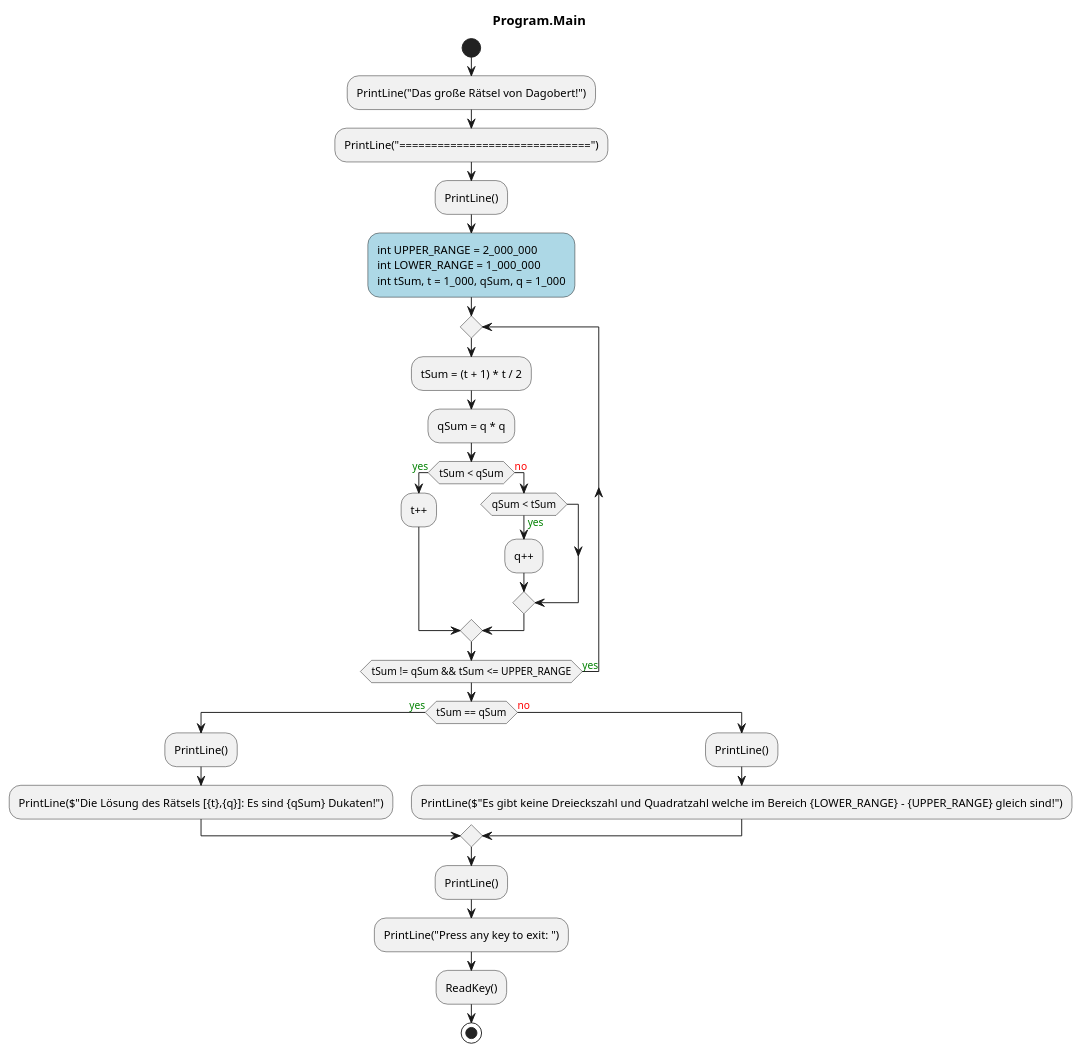
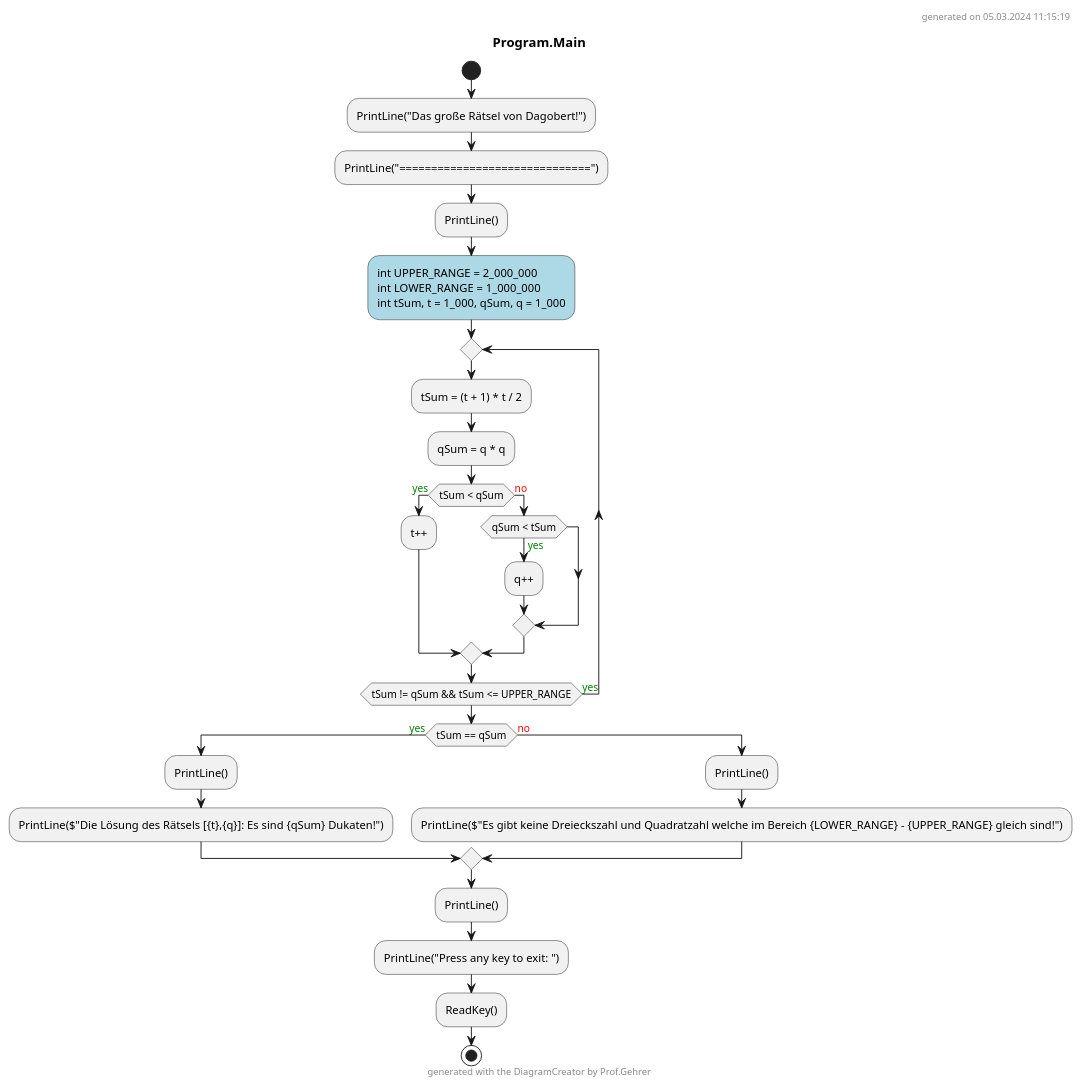
Before and after one commit to leoggehrer/2324-34_ABIF_ACIF_POSE: the diagram in Dagobert.ConApp/Diagrams/ac_Program_Main.puml, drawn with PlantUML. The commit also changed 147 other files, not shown here.

Commit message:
Added diagrams.

```diff
--- a/Dagobert.ConApp/Diagrams/ac_Program_Main.puml
+++ b/Dagobert.ConApp/Diagrams/ac_Program_Main.puml
@@ -1,32 +1,38 @@
 @startuml Program.Main
+header
+generated on 05.03.2024 11:15:19
+end header
 title Program.Main
 start
 :PrintLine("Das große Rätsel von Dagobert!");
 :PrintLine("==============================");
 :PrintLine();
 #LightBlue:int UPPER_RANGE = 2_000_000
 int LOWER_RANGE = 1_000_000
 int tSum, t = 1_000, qSum, q = 1_000;
 repeat
     :tSum = (t + 1) * t / 2;
     :qSum = q * q;
     if (tSum < qSum) then (<color:green>yes)
         :t++;
       else (<color:red>no)
         if (qSum < tSum) then (<color:green>yes)
             :q++;
         endif
     endif
 repeat while (tSum != qSum && tSum <= UPPER_RANGE) is (<color:green>yes)
 if (tSum == qSum) then (<color:green>yes)
     :PrintLine();
     :PrintLine($"Die Lösung des Rätsels [{t},{q}]: Es sind {qSum} Dukaten!");
   else (<color:red>no)
       :PrintLine();
       :PrintLine($"Es gibt keine Dreieckszahl und Quadratzahl welche im Bereich {LOWER_RANGE} - {UPPER_RANGE} gleich sind!");
 endif
 :PrintLine();
 :PrintLine("Press any key to exit: ");
 :ReadKey();
+footer
+generated with the DiagramCreator by Prof.Gehrer
+end footer
 stop
 @enduml
```
